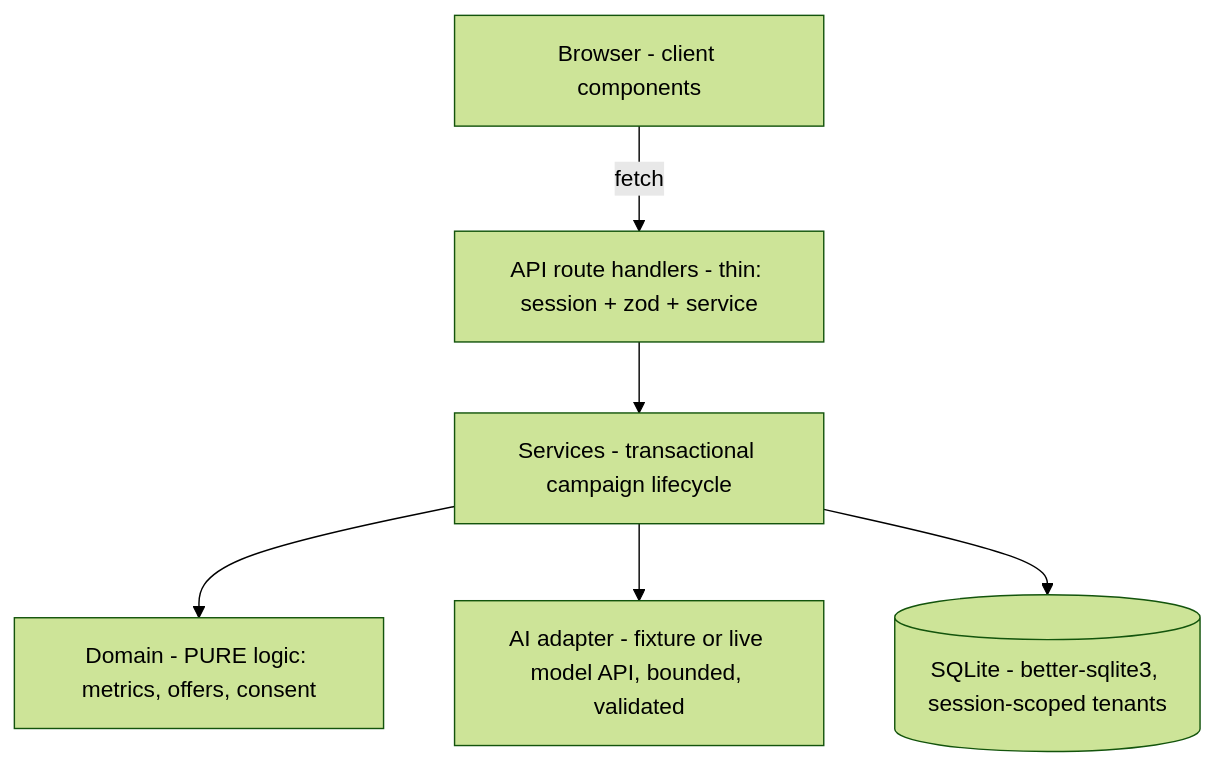
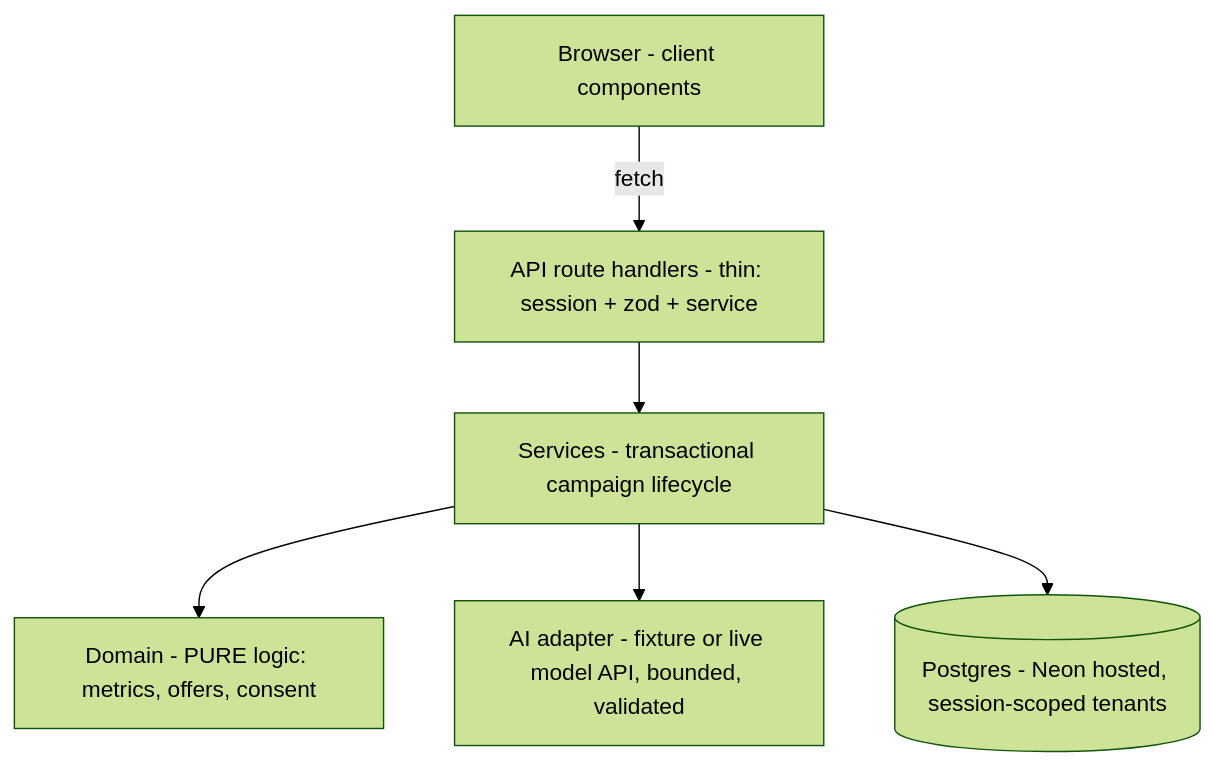
The diagram in README.md (Arya-jannawar/merchant-saathi), drawn with Mermaid (forest theme) before and after one commit. The commit also changed other lines of this file and 9 other files, not shown here.

````diff
--- a/README.md
+++ b/README.md
@@ -233,8 +233,8 @@
 ```mermaid
 flowchart TD
     B[Browser - client components] -->|fetch| R[API route handlers - thin: session + zod + service]
     R --> S[Services - transactional campaign lifecycle]
     S --> D[Domain - PURE logic: metrics, offers, consent]
     S --> A[AI adapter - fixture or live model API, bounded, validated]
-    S --> DB[(SQLite - better-sqlite3, session-scoped tenants)]
+    S --> DB[(Postgres - Neon hosted, session-scoped tenants)]
 ```
````
